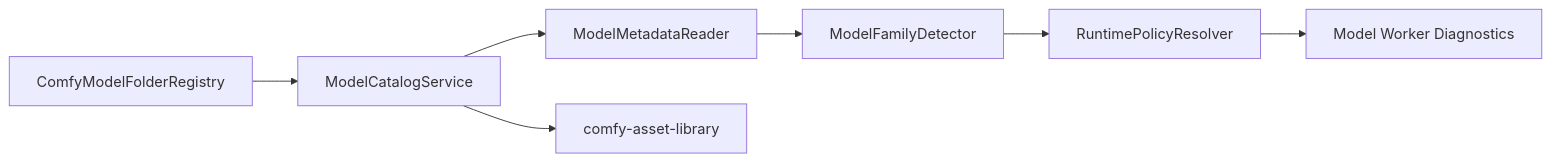
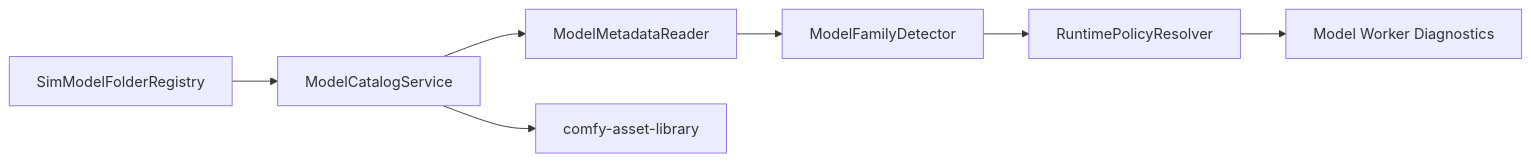
One commit to imagineerings/xor changed the diagram in .agents/specs/godot-migration/comfy-model-memory-runtime/design.md. Above: the diagram before and after it, drawn with Mermaid. The commit also changed other lines of this file and 10 other files, not shown here.

First line of the commit message:
docs: use native Sim names for Comfy-derived specs (#323)

````diff
--- a/.agents/specs/godot-migration/comfy-model-memory-runtime/design.md
+++ b/.agents/specs/godot-migration/comfy-model-memory-runtime/design.md
@@ -9,9 +9,9 @@
 ```mermaid
 flowchart LR
-    Folders[ComfyModelFolderRegistry] --> Catalog[ModelCatalogService]
+    Folders[SimModelFolderRegistry] --> Catalog[ModelCatalogService]
     Catalog --> Metadata[ModelMetadataReader]
     Metadata --> Detect[ModelFamilyDetector]
     Detect --> Policy[RuntimePolicyResolver]
     Policy --> Worker[Model Worker Diagnostics]
     Catalog --> Assets[comfy-asset-library]
 ```
````
